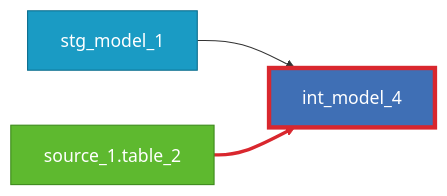
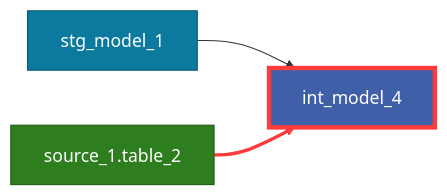
The first of 21 diagrams in docs/rules/modeling.md (dbt-labs/dbt-project-evaluator), drawn with Mermaid before and after one commit. The commit also changed other lines of this file and 6 other files, not shown here.

Commit message:
Readable Mermaid diagrams in both color schemes; scope the source selection note to dbt check

````diff
--- a/docs/rules/modeling.md
+++ b/docs/rules/modeling.md
@@ -13,14 +13,14 @@
 ```mermaid
 flowchart LR
-    classDef source fill:#5eb92f,stroke:#3d8a1c,color:#fff
-    classDef staging fill:#1a9bc4,stroke:#0e6f8f,color:#fff
-    classDef intermediate fill:#3f6fb5,stroke:#2a4f87,color:#fff
-    classDef flagged stroke:#d9272e,stroke-width:4px
+    classDef source fill:#2e7d1e,stroke:#1f5a13,color:#fff
+    classDef staging fill:#0b7a9e,stroke:#085a75,color:#fff
+    classDef intermediate fill:#3f5fa8,stroke:#2c4580,color:#fff
+    classDef flagged stroke:#ff3b3b,stroke-width:4px
     stg_model_1["stg_model_1"]:::staging
     int_model_4["int_model_4"]:::intermediate
     source_1_table_2["source_1.table_2"]:::source
     stg_model_1 --> int_model_4
     source_1_table_2 --> int_model_4
     class int_model_4 flagged
-    linkStyle 1 stroke:#d9272e,stroke-width:3px
+    linkStyle 1 stroke:#ff3b3b,stroke-width:3px
 ```
````
